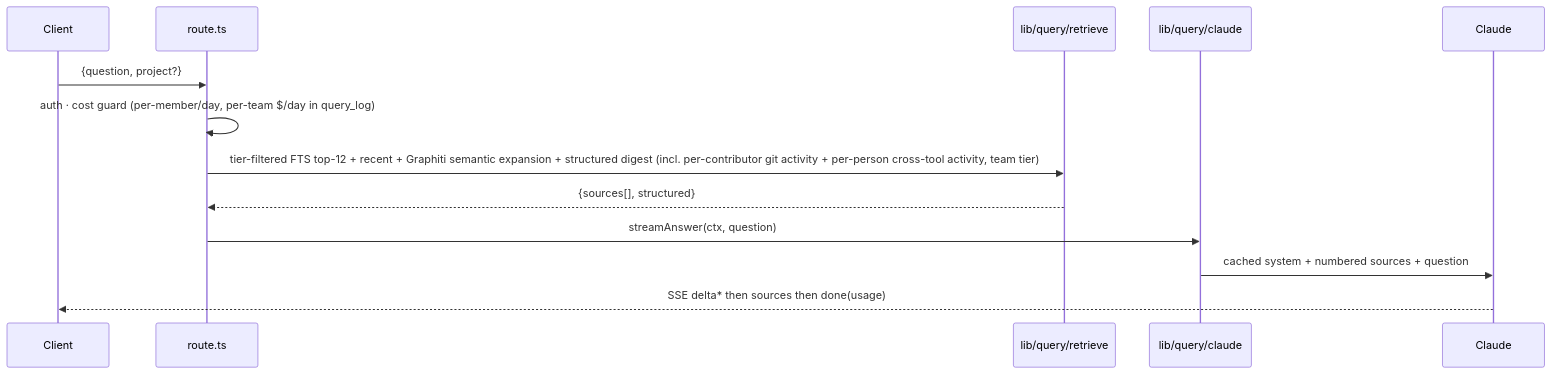
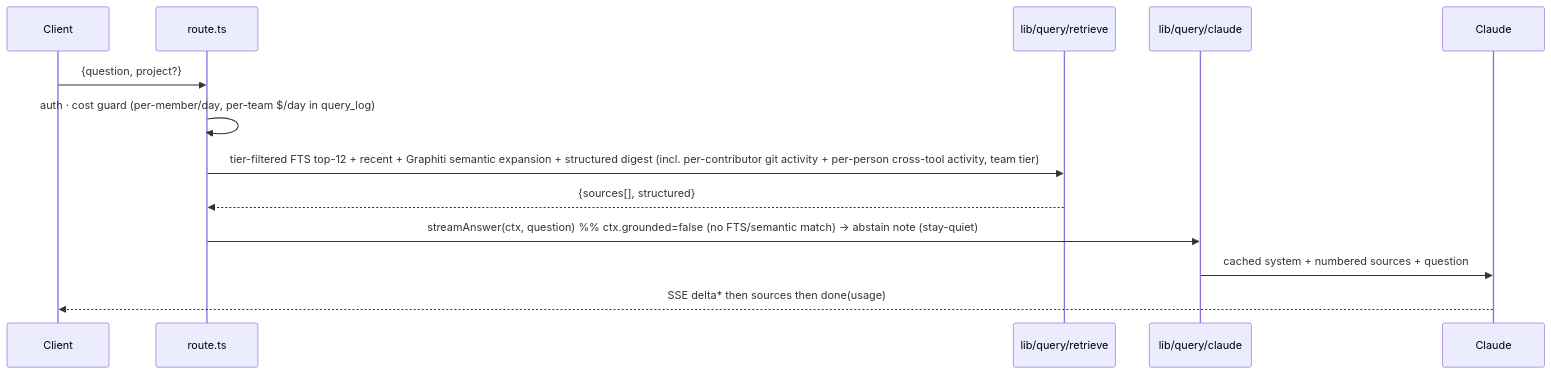
Before and after one commit to aiosbrain/aios-team-brain: the third of 7 diagrams in docs/ARCHITECTURE.md, drawn with Mermaid. The commit also changed 4 other files, not shown here.

First line of the commit message:
feat(query): "stay quiet" — grounding signal so the brain abstains on weak retrieval

````diff
--- a/docs/ARCHITECTURE.md
+++ b/docs/ARCHITECTURE.md
@@ -130,15 +130,15 @@
 ```mermaid
 sequenceDiagram
   participant U as Client
   participant Q as route.ts
   participant RET as lib/query/retrieve
   participant CL as lib/query/claude
   participant LLM as Claude
   U->>Q: {question, project?}
   Q->>Q: auth · cost guard (per-member/day, per-team $/day in query_log)
   Q->>RET: tier-filtered FTS top-12 + recent + Graphiti semantic expansion + structured digest (incl. per-contributor git activity + per-person cross-tool activity, team tier)
   RET-->>Q: {sources[], structured}
-  Q->>CL: streamAnswer(ctx, question)
+  Q->>CL: streamAnswer(ctx, question)  %% ctx.grounded=false (no FTS/semantic match) → abstain note (stay-quiet)
   CL->>LLM: cached system + numbered sources + question
   LLM-->>U: SSE delta* then sources then done(usage)
 ```
````
